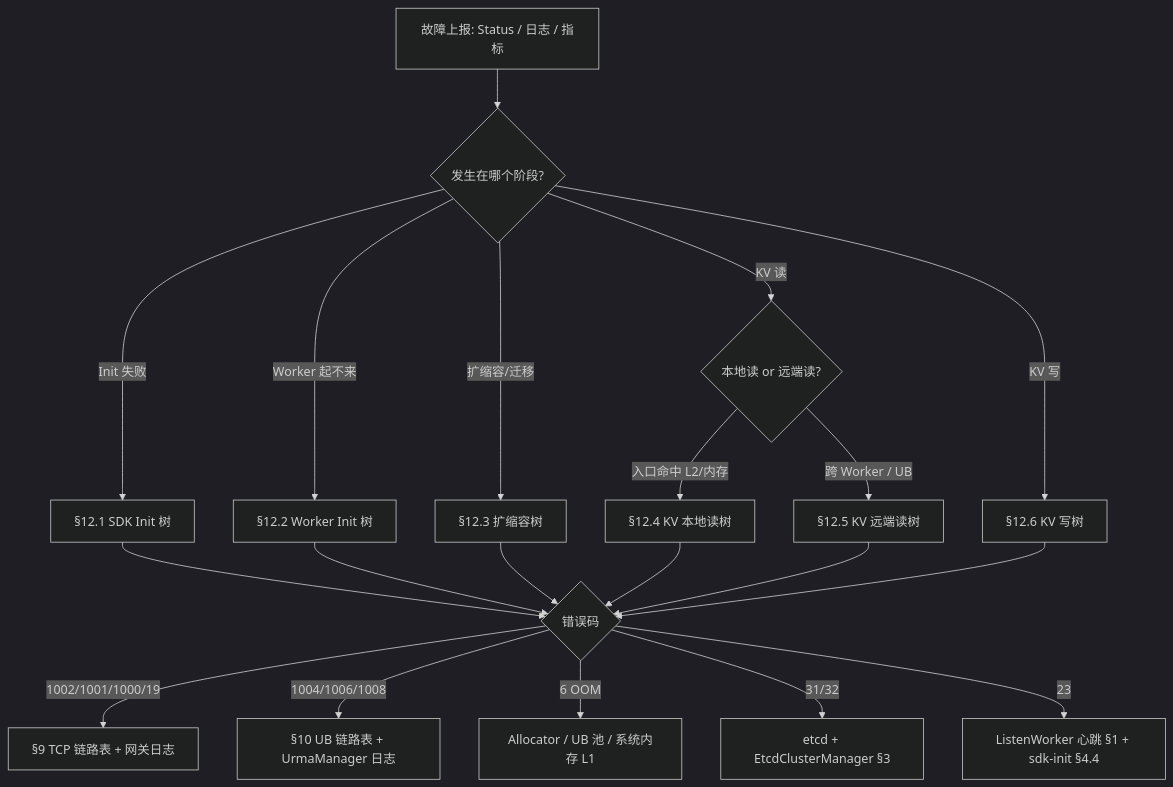
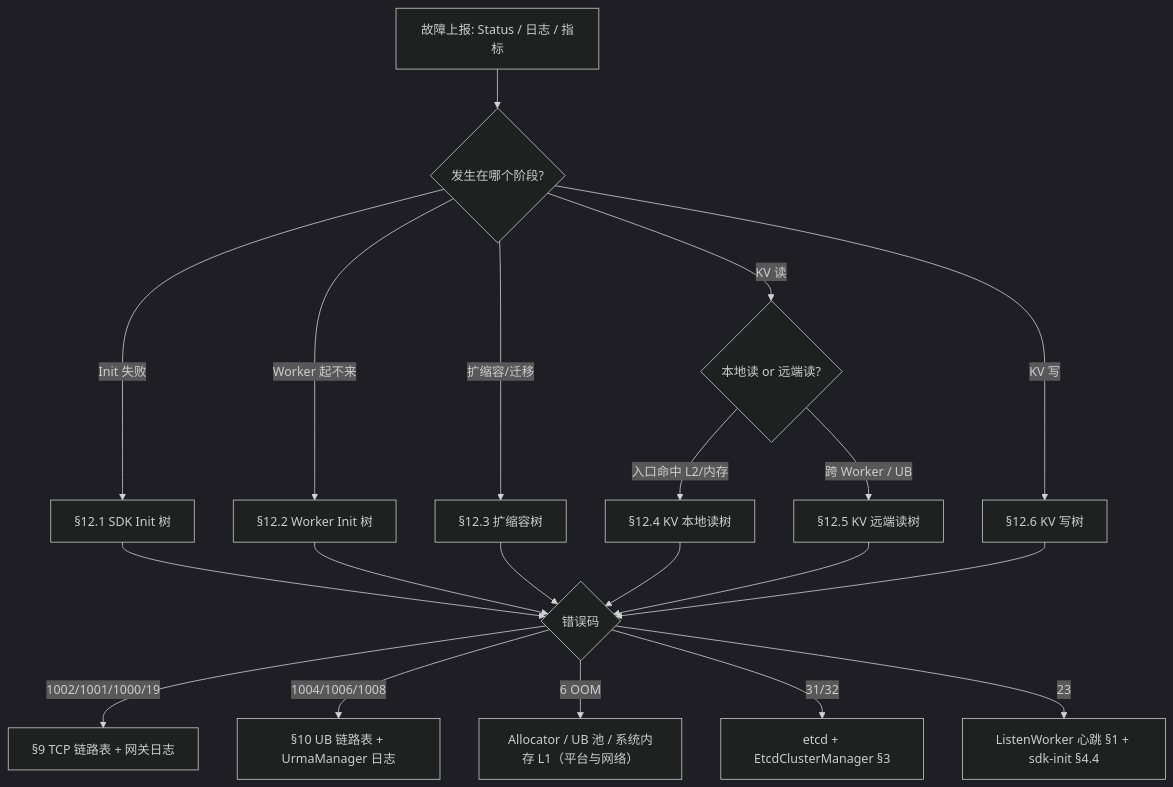
Before and after one commit to CheYulin/Docs: the first of 7 diagrams in docs/observable/kv-场景-故障分类与责任边界.md, drawn with Mermaid (dark theme). The commit also changed other lines of this file and 2 other files, not shown here.

````diff
--- a/docs/observable/kv-场景-故障分类与责任边界.md
+++ b/docs/observable/kv-场景-故障分类与责任边界.md
@@ -427,22 +429,22 @@
 ```mermaid
 flowchart TD
   A[故障上报: Status / 日志 / 指标] --> B{发生在哪个阶段?}
   B -->|Init 失败| C[§12.1 SDK Init 树]
   B -->|Worker 起不来| D[§12.2 Worker Init 树]
   B -->|扩缩容/迁移| E[§12.3 扩缩容树]
   B -->|KV 读| F{本地读 or 远端读?}
   F -->|入口命中 L2/内存| G[§12.4 KV 本地读树]
   F -->|跨 Worker / UB| H[§12.5 KV 远端读树]
   B -->|KV 写| I[§12.6 KV 写树]
   C --> J{错误码}
   D --> J
   E --> J
   G --> J
   H --> J
   I --> J
   J -->|1002/1001/1000/19| K[§9 TCP 链路表 + 网关日志]
   J -->|1004/1006/1008| L[§10 UB 链路表 + UrmaManager 日志]
-  J -->|6 OOM| M[Allocator / UB 池 / 系统内存 L1]
+  J -->|6 OOM| M[Allocator / UB 池 / 系统内存 L1（平台与网络）]
   J -->|31/32| N[etcd + EtcdClusterManager §3]
   J -->|23| O[ListenWorker 心跳 §1 + sdk-init §4.4]
 ```
````
